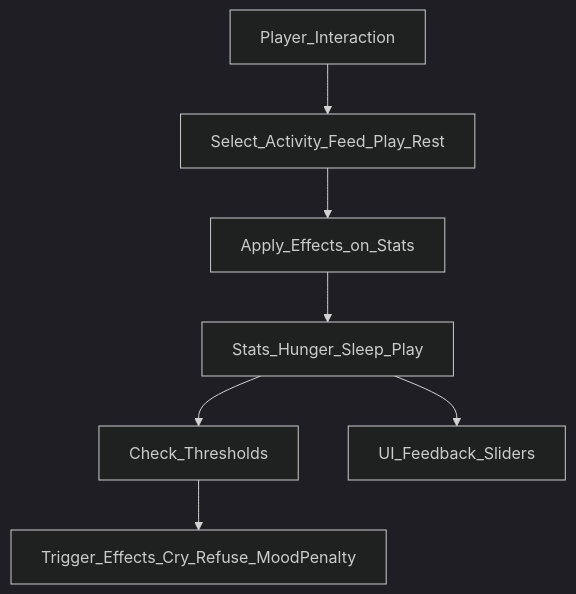
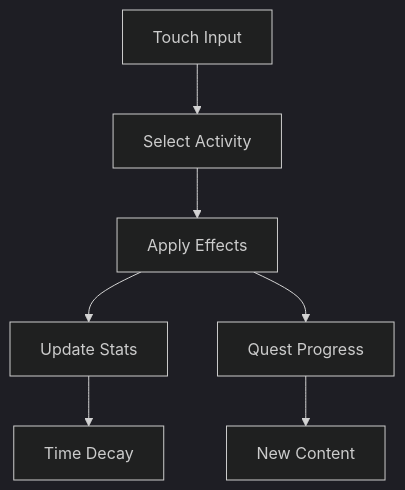
Before and after one commit to DesireeNavarrete/ProjectJ40: the diagram in Docs/mechanics.md, drawn with Mermaid (dark theme). The commit also changed other lines of this file, not shown here.

````diff
--- a/Docs/mechanics.md
+++ b/Docs/mechanics.md
@@ -84,17 +112,17 @@
 ```mermaid
 flowchart TD
-    Player[Player_Interaction]
-    ChooseActivity[Select_Activity_Feed_Play_Rest]
-    ApplyEffects[Apply_Effects_on_Stats]
-    Stats[Stats_Hunger_Sleep_Play]
-    CheckThresholds[Check_Thresholds]
-    Effects[Trigger_Effects_Cry_Refuse_MoodPenalty]
-    UI[UI_Feedback_Sliders]
+    Player[Touch Input]
+    Activity[Select Activity]
+    Effects[Apply Effects]
+    Stats[Update Stats]
+    Decay[Time Decay]
+    Quest[Quest Progress]
+    Unlocks[New Content]
 
-    Player --> ChooseActivity
-    ChooseActivity --> ApplyEffects
-    ApplyEffects --> Stats
-    Stats --> CheckThresholds
-    CheckThresholds --> Effects
-    Stats --> UI
+    Player --> Activity
+    Activity --> Effects
+    Effects --> Stats
+    Stats --> Decay
+    Effects --> Quest
+    Quest --> Unlocks
 ```
````
